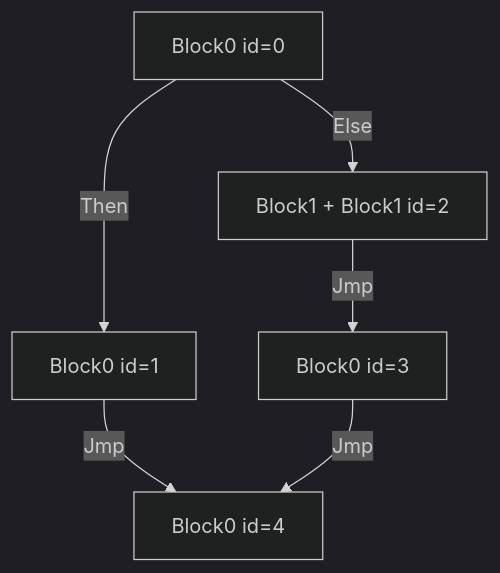
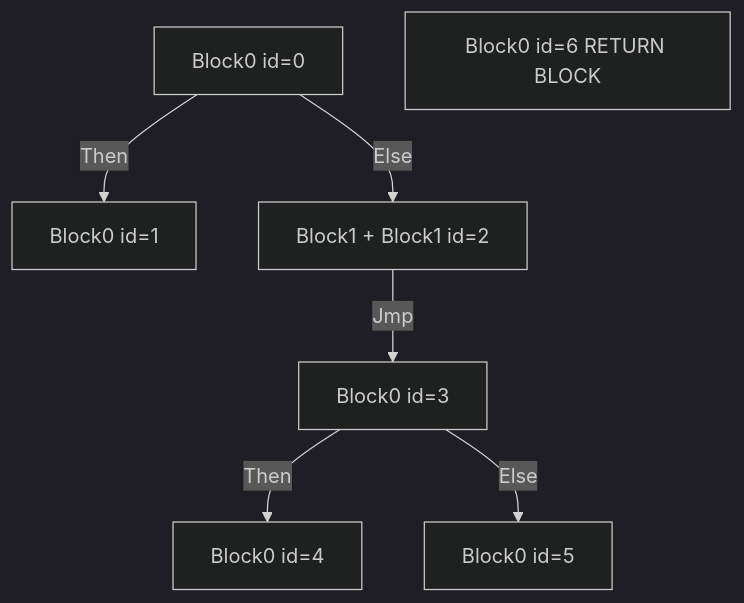
The ninth of 10 diagrams in README.md (defkit/branching_overview), drawn with Mermaid (dark theme) before and after one commit. The commit also changed other lines of this file, not shown here.

````diff
--- a/README.md
+++ b/README.md
@@ -101,9 +102,9 @@
 ```mermaid
 graph TD;
     b0[Block0 id=0]-->|Then| b1[Block0 id=1]
     b0[Block0 id=0]-->|Else| b2[Block1 + Block1 id=2]
     b2-->|Jmp| b3[Block0 id=3]
-    b1-->|Jmp| b4
-    b3-->|Jmp| b4
-    b4[Block0 id=4]
+    b3-->|Then| b4[Block0 id=4]
+    b3-->|Else| b5[Block0 id=5]
+    b6[Block0 id=6 RETURN BLOCK]
 ```
````
